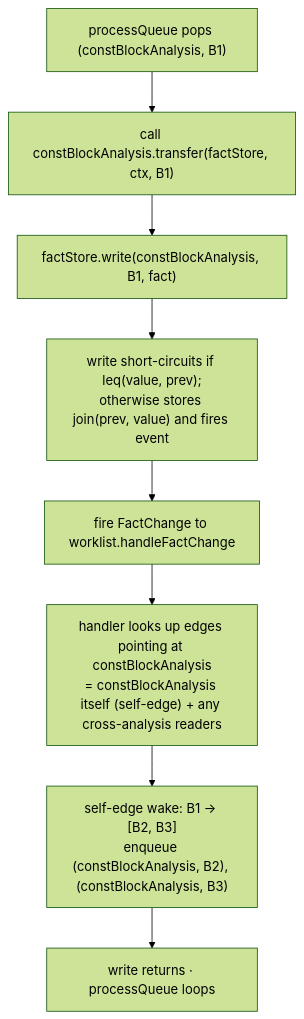
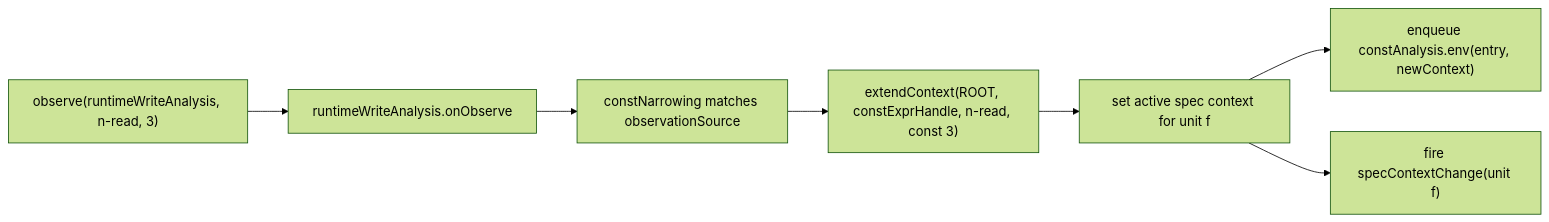
Before and after one commit to loyaltypollution/py-slang: the fourth of 4 diagrams in docs/dfa-framework-tutorial.md, drawn with Mermaid (forest theme). The commit also changed other lines of this file and 82 other files, not shown here.

````diff
--- a/docs/dfa-framework-tutorial.md
+++ b/docs/dfa-framework-tutorial.md
@@ -697,12 +341,9 @@
 ```mermaid
-flowchart TB
-    a1["processQueue pops (constBlockAnalysis, B1)"]
-    a2["call constBlockAnalysis.transfer(factStore, ctx, B1)"]
-    a3["factStore.write(constBlockAnalysis, B1, fact)"]
-    a4["write short-circuits if leq(value, prev);<br/>otherwise stores join(prev, value) and fires event"]
-    a5["fire FactChange to worklist.handleFactChange"]
-    a6["handler looks up edges pointing at constBlockAnalysis<br/>= constBlockAnalysis itself (self-edge) + any cross-analysis readers"]
-    a7["self-edge wake: B1 → [B2, B3]<br/>enqueue (constBlockAnalysis, B2), (constBlockAnalysis, B3)"]
-    a8["write returns · processQueue loops"]
-    a1 --> a2 --> a3 --> a4 --> a5 --> a6 --> a7 --> a8
+flowchart LR
+    O["observe(runtimeWriteAnalysis, n-read, 3)"] --> R["runtimeWriteAnalysis.onObserve"]
+    R --> N["constNarrowing matches observationSource"]
+    N --> C["extendContext(ROOT, constExprHandle, n-read, const 3)"]
+    C --> E["set active spec context for unit f"]
+    E --> Q["enqueue constAnalysis.env(entry, newContext)"]
+    E --> J["fire specContextChange(unit f)"]
 ```
````
